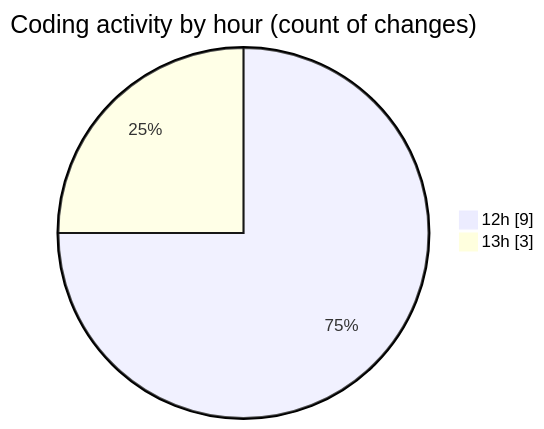
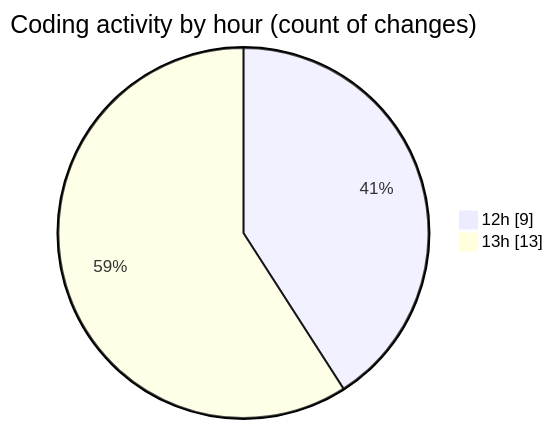
The second of 2 diagrams in 2026-10-25/taskforge/README.md (hasnaa123/code-tracking), drawn with Mermaid before and after one commit. The commit also changed other lines of this file and 1 other file, not shown here.

````diff
--- a/2026-10-25/taskforge/README.md
+++ b/2026-10-25/taskforge/README.md
@@ -28,6 +29,6 @@
 ```mermaid
 pie showData
 title Coding activity by hour (count of changes)
 "12h" : 9
-"13h" : 3
+"13h" : 13
 ```
````
